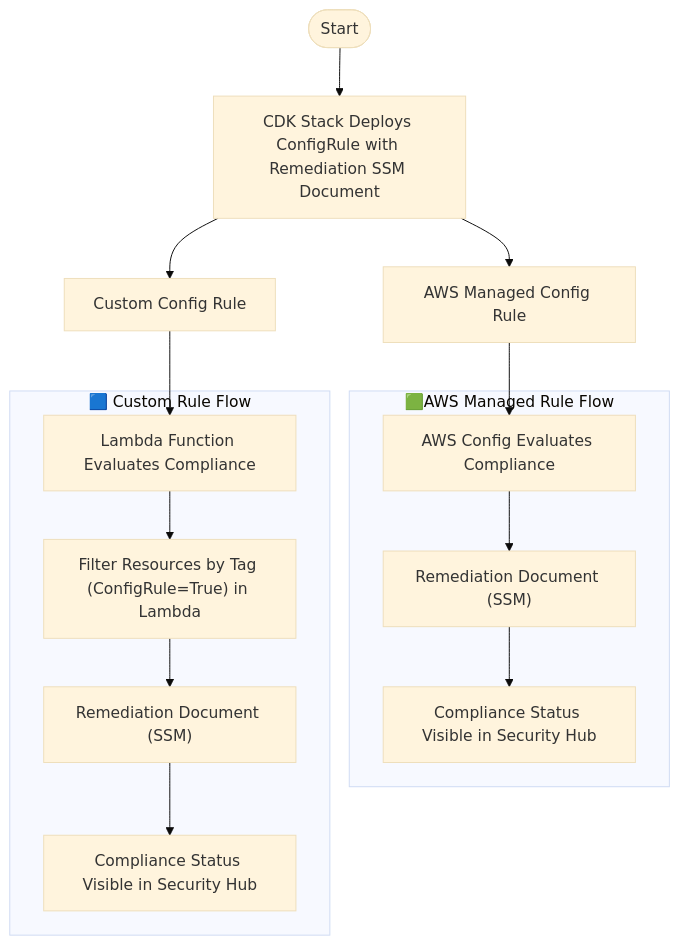
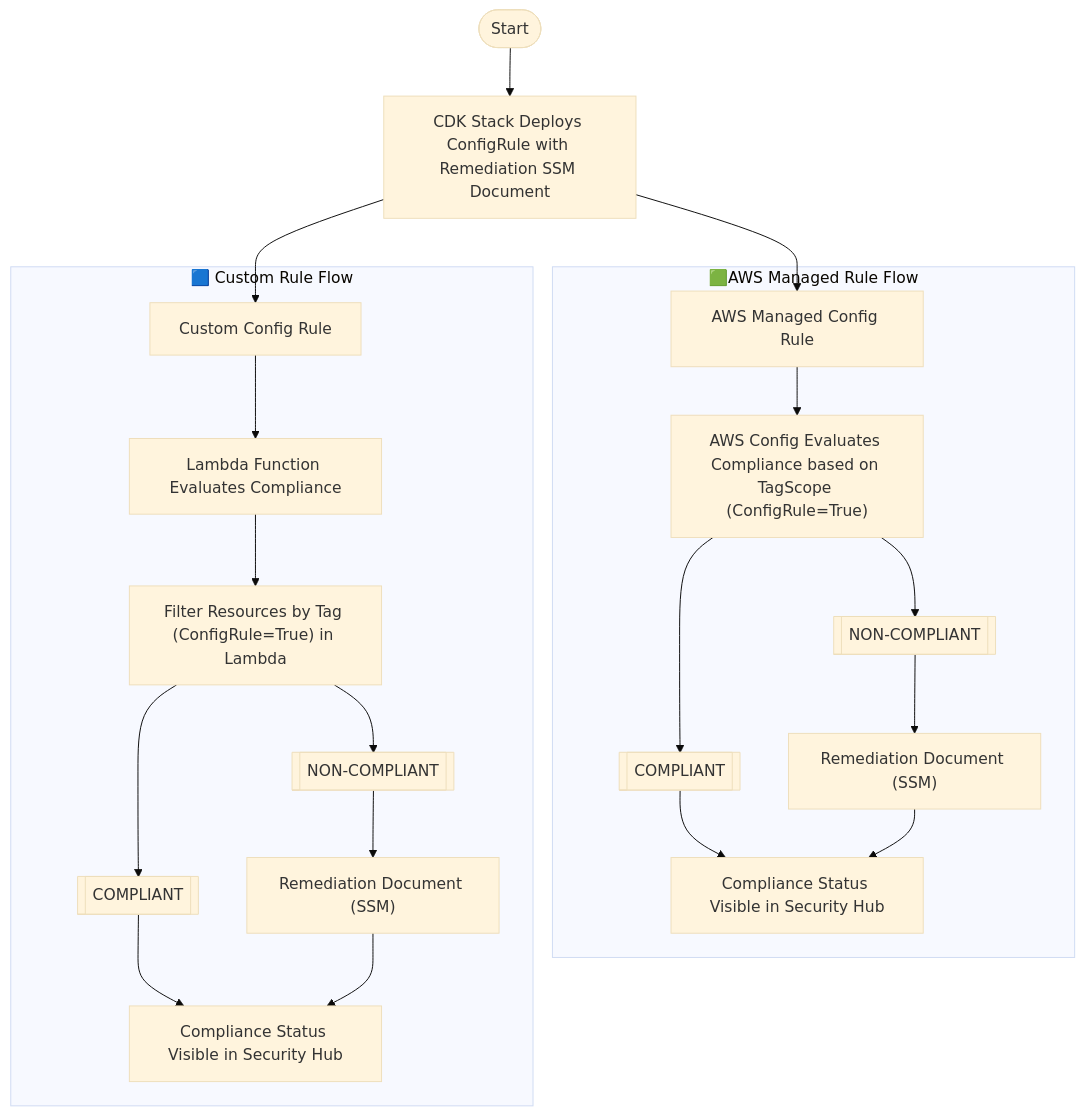
One commit to vchinnap/vchinnap-discussions changed the third of 3 diagrams in src/config/config-flow.md. Above: the diagram before and after it, drawn with Mermaid (base theme).

````diff
--- a/src/config/config-flow.md
+++ b/src/config/config-flow.md
@@ -37,21 +37,27 @@
 ```mermaid
 flowchart TD
   A([Start]) --> B["CDK Stack Deploys ConfigRule with Remediation SSM Document"]
 
   B --> C["AWS Managed Config Rule"]
   B --> D["Custom Config Rule"]
 
-  C --> CE["AWS Config Evaluates Compliance"]
-  D --> DE["Lambda Function Evaluates Compliance"]
-
   subgraph ManagedPath ["🟩AWS Managed Rule Flow"]
-    CE --> E["Remediation Document (SSM)"]
-    E --> F["Compliance Status Visible in Security Hub"]
+    C --> CE["AWS Config Evaluates Compliance based on TagScope (ConfigRule=True)"]
+    CE --> MC[["COMPLIANT"]]
+    CE --> MNC[["NON-COMPLIANT"]]
+    MNC --> E["Remediation Document (SSM)"]
+    MC --> MF["Compliance Status Visible in Security Hub"]
+    E --> MF
   end
 
   subgraph CustomPath ["🟦 Custom Rule Flow"]
+    D --> DE["Lambda Function Evaluates Compliance"]
     DE --> G["Filter Resources by Tag (ConfigRule=True) in Lambda"]
-    G --> H["Remediation Document (SSM)"]
-    H --> I["Compliance Status Visible in Security Hub"]
+    G --> CC[["COMPLIANT"]]
+    G --> CNC[["NON-COMPLIANT"]]
+    CNC --> H["Remediation Document (SSM)"]
+    CC --> CF["Compliance Status Visible in Security Hub"]
+    H --> CF
   end
+
 ```
````
